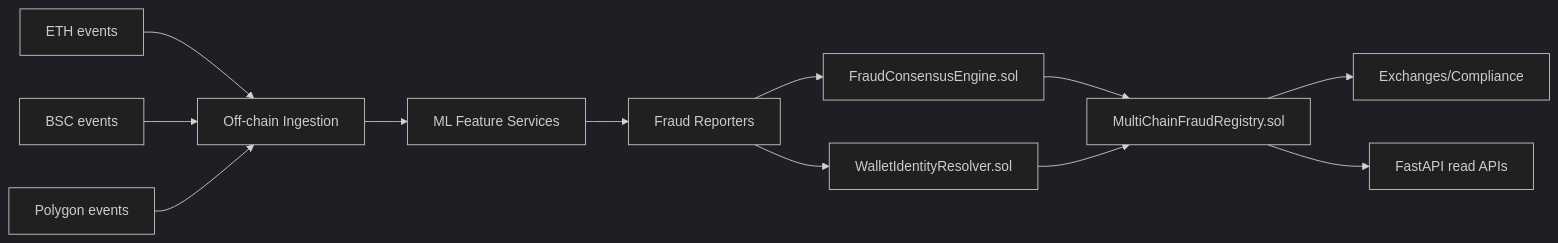
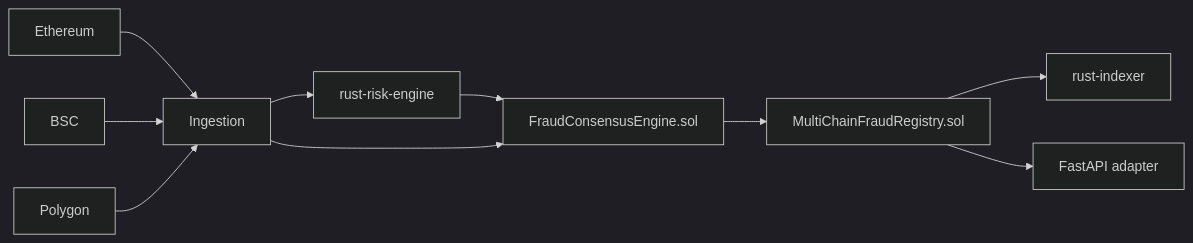
One commit to nathsgeorge/blockchain-fraud-detection changed the diagram in README.md. Above: the diagram before and after it, drawn with Mermaid (dark theme). The commit also changed other lines of this file and 10 other files, not shown here.

Commit message:
Add Rust risk engine and indexer alongside Solidity core

````diff
--- a/README.md
+++ b/README.md
@@ -21,14 +18,12 @@
 ```mermaid
 flowchart LR
-E[ETH events] --> I[Off-chain Ingestion]
-B[BSC events] --> I
-P[Polygon events] --> I
-I --> M[ML Feature Services]
-M --> V[Fraud Reporters]
-V --> C[FraudConsensusEngine.sol]
-V --> R[WalletIdentityResolver.sol]
+E[Ethereum] --> I[Ingestion]
+B[BSC] --> I
+P[Polygon] --> I
+I --> RUST1[rust-risk-engine]
+RUST1 --> C[FraudConsensusEngine.sol]
+I --> C
 C --> A[MultiChainFraudRegistry.sol]
-R --> A
-A --> X[Exchanges/Compliance]
-A --> API[FastAPI read APIs]
+A --> RUST2[rust-indexer]
+A --> API[FastAPI adapter]
 ```
````
